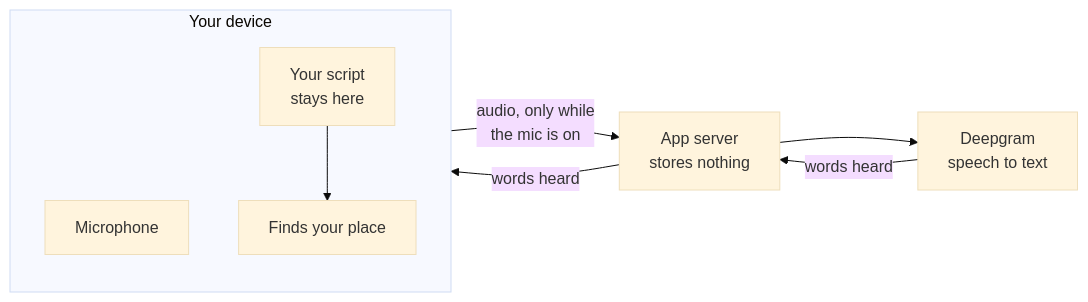
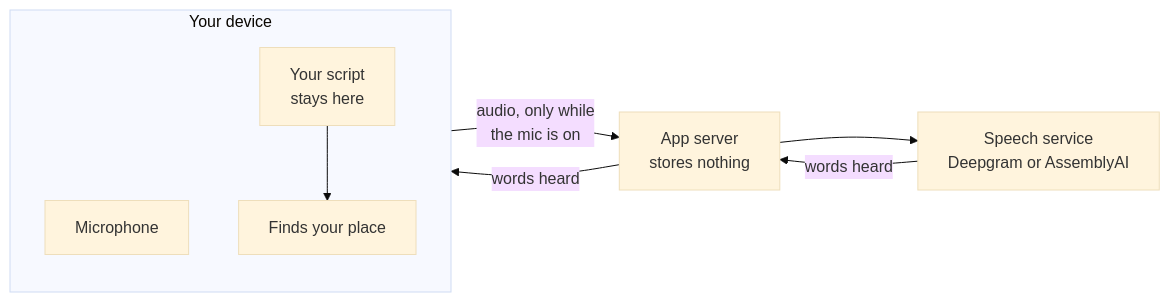
One commit to rimorin/tk_teleprompter changed the first of 4 diagrams in README.md. Above: the diagram before and after it, drawn with Mermaid (base theme). The commit also changed other lines of this file and 6 other files, not shown here.

````diff
--- a/README.md
+++ b/README.md
@@ -196,13 +200,13 @@
 ```mermaid
 flowchart LR
     subgraph device["Your device"]
         direction TB
         mic["Microphone"]
         script["Your script<br/>stays here"] --> place["Finds your place"]
     end
     relay["App server<br/>stores nothing"]
-    dg["Deepgram<br/>speech to text"]
+    dg["Speech service<br/>Deepgram or AssemblyAI"]
 
     mic -- "audio, only while<br/>the mic is on" --> relay --> dg
     dg -- "words heard" --> relay -- "words heard" --> place
 ```
````
